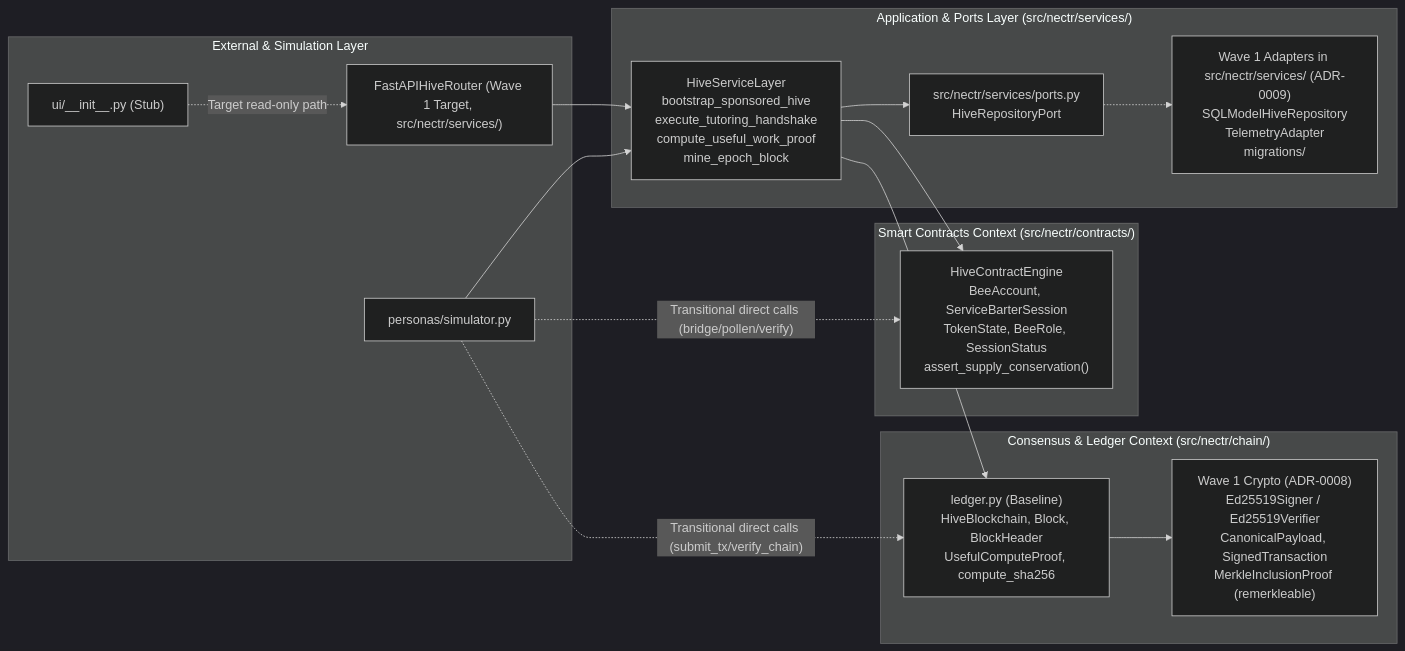
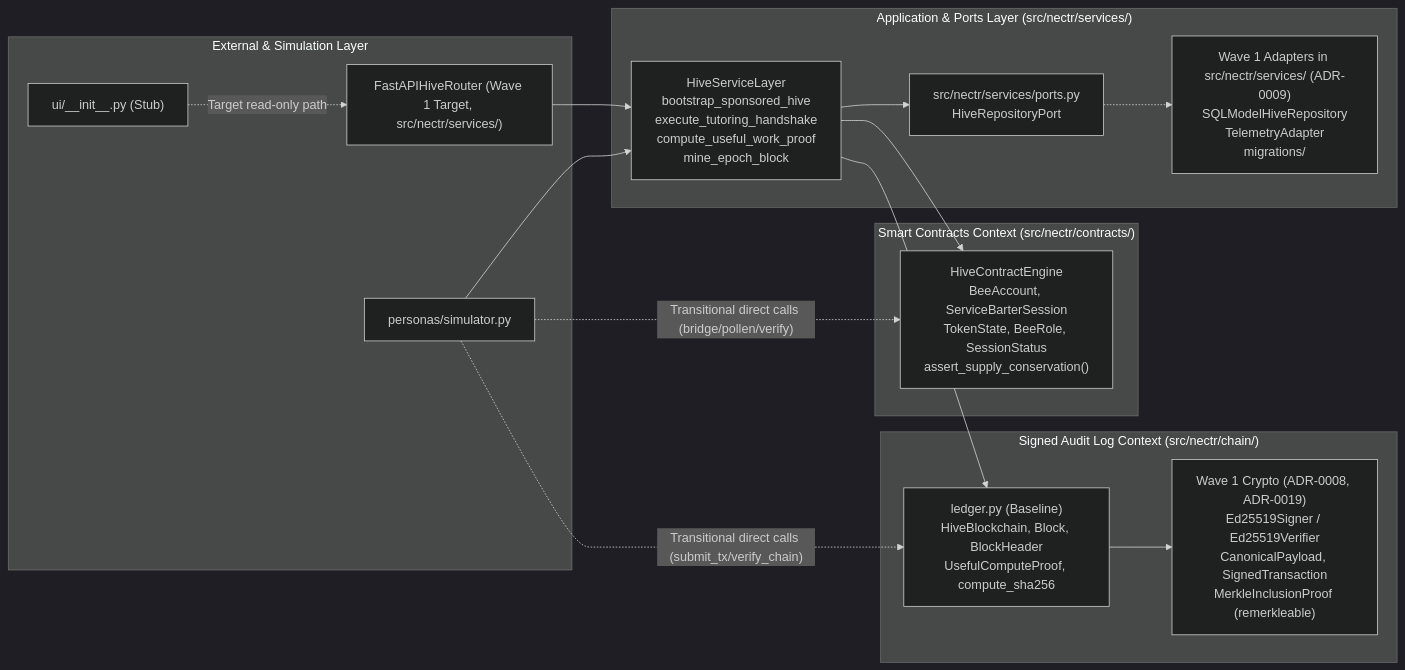
The third of 5 diagrams in docs/architecture/system_design.md (brandon-fox/nectR), drawn with Mermaid (dark theme) before and after one commit. The commit also changed other lines of this file and 14 other files, not shown here.

First line of the commit message:
docs(adr): record the chain as a signed audit log (#44)

````diff
--- a/docs/architecture/system_design.md
+++ b/docs/architecture/system_design.md
@@ -85,34 +85,34 @@
 ```mermaid
 flowchart LR
     subgraph Driving["External & Simulation Layer"]
         UIMod["ui/__init__.py (Stub)"]
         SimMod["personas/simulator.py"]
         APIRouter["FastAPIHiveRouter (Wave 1 Target, src/nectr/services/)"]
     end
 
     subgraph AppLayer["Application & Ports Layer (src/nectr/services/)"]
         SvcLayer["HiveServiceLayer<br/>bootstrap_sponsored_hive<br/>execute_tutoring_handshake<br/>compute_useful_work_proof<br/>mine_epoch_block"]
         Ports["src/nectr/services/ports.py<br/>HiveRepositoryPort"]
         Adapters["Wave 1 Adapters in src/nectr/services/ (ADR-0009)<br/>SQLModelHiveRepository<br/>TelemetryAdapter<br/>migrations/"]
     end
 
     subgraph ContractsCtx["Smart Contracts Context (src/nectr/contracts/)"]
         Engine["HiveContractEngine<br/>BeeAccount, ServiceBarterSession<br/>TokenState, BeeRole, SessionStatus<br/>assert_supply_conservation()"]
     end
 
-    subgraph ChainCtx["Consensus & Ledger Context (src/nectr/chain/)"]
+    subgraph ChainCtx["Signed Audit Log Context (src/nectr/chain/)"]
         Baseline["ledger.py (Baseline)<br/>HiveBlockchain, Block, BlockHeader<br/>UsefulComputeProof, compute_sha256"]
-        Crypto["Wave 1 Crypto (ADR-0008)<br/>Ed25519Signer / Ed25519Verifier<br/>CanonicalPayload, SignedTransaction<br/>MerkleInclusionProof (remerkleable)"]
+        Crypto["Wave 1 Crypto (ADR-0008, ADR-0019)<br/>Ed25519Signer / Ed25519Verifier<br/>CanonicalPayload, SignedTransaction<br/>MerkleInclusionProof (remerkleable)"]
     end
 
     UIMod -.->|"Target read-only path"| APIRouter
     APIRouter --> SvcLayer
     SimMod --> SvcLayer
     SimMod -.->|"Transitional direct calls (bridge/pollen/verify)"| Engine
     SimMod -.->|"Transitional direct calls (submit_tx/verify_chain)"| Baseline
     SvcLayer --> Ports
     Ports -.-> Adapters
     SvcLayer --> Engine
     SvcLayer --> Baseline
     Baseline --> Crypto
 ```
````
